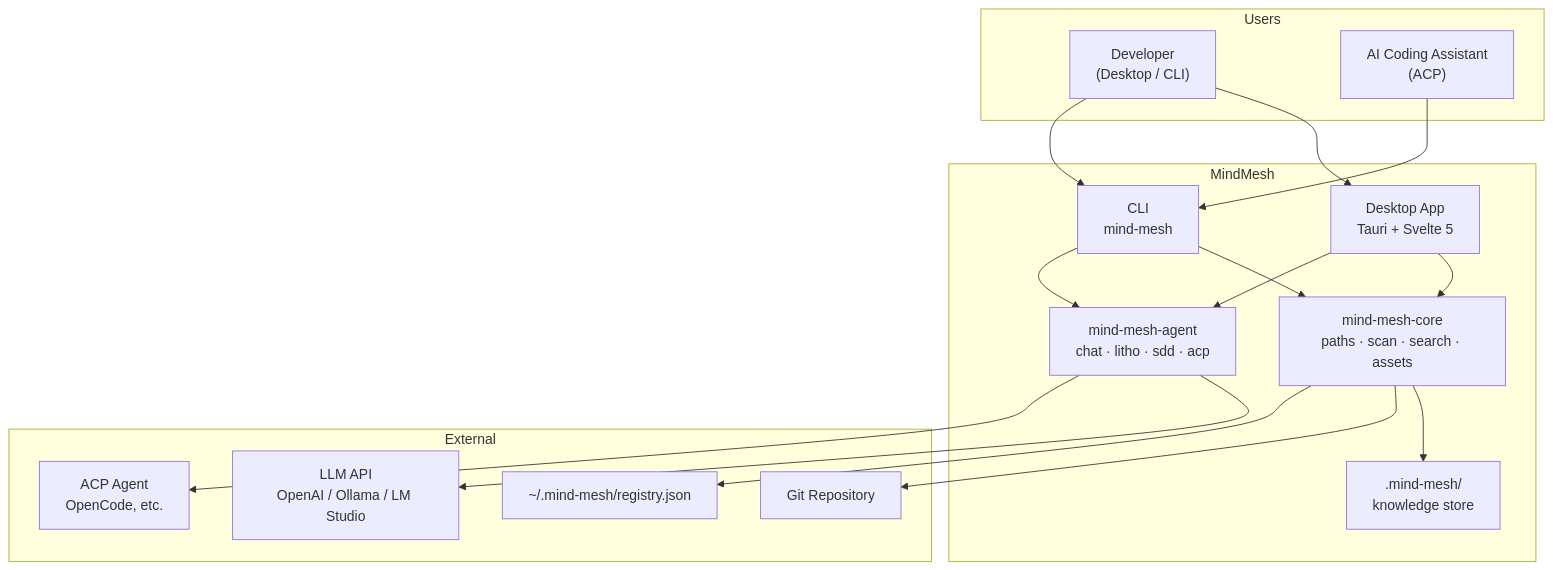
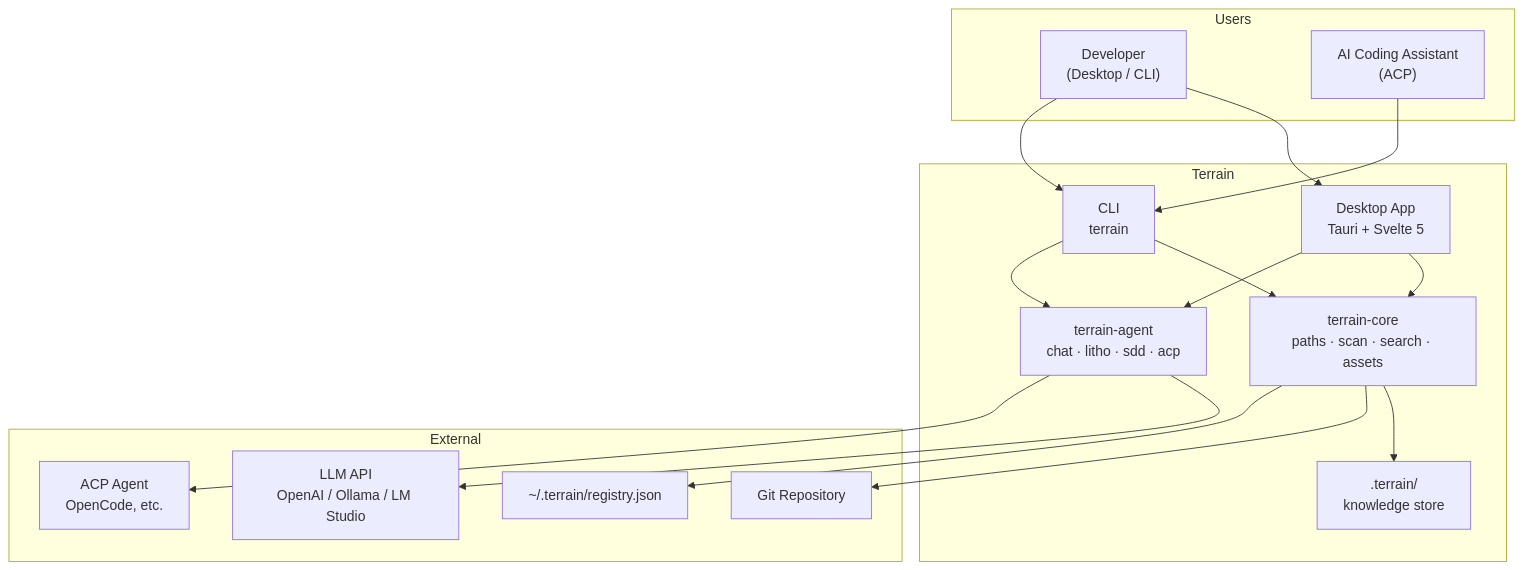
The diagram in README.md (sopaco/terrain), drawn with Mermaid before and after one commit. The commit also changed other lines of this file and 269 other files, not shown here.

````diff
--- a/README.md
+++ b/README.md
@@ -129,35 +131,35 @@
 ```mermaid
 graph TB
     subgraph Users
         Dev["Developer<br/>(Desktop / CLI)"]
         Agent["AI Coding Assistant<br/>(ACP)"]
     end
 
-    subgraph MindMesh
+    subgraph Terrain
         UI["Desktop App<br/>Tauri + Svelte 5"]
-        CLI["CLI<br/>mind-mesh"]
-        Core["mind-mesh-core<br/>paths · scan · search · assets"]
-        AgentLayer["mind-mesh-agent<br/>chat · litho · sdd · acp"]
-        KB[".mind-mesh/<br/>knowledge store"]
+        CLI["CLI<br/>terrain"]
+        Core["terrain-core<br/>paths · scan · search · assets"]
+        AgentLayer["terrain-agent<br/>chat · litho · sdd · acp"]
+        KB[".terrain/<br/>knowledge store"]
     end
 
     subgraph External
         LLM["LLM API<br/>OpenAI / Ollama / LM Studio"]
         Git["Git Repository"]
-        Reg["~/.mind-mesh/registry.json"]
+        Reg["~/.terrain/registry.json"]
         ACP["ACP Agent<br/>OpenCode, etc."]
     end
 
     Dev --> UI
     Dev --> CLI
     Agent --> CLI
     UI --> Core
     UI --> AgentLayer
     CLI --> Core
     CLI --> AgentLayer
     AgentLayer --> LLM
     AgentLayer --> ACP
     Core --> KB
     Core --> Git
     Core --> Reg
 ```
````
